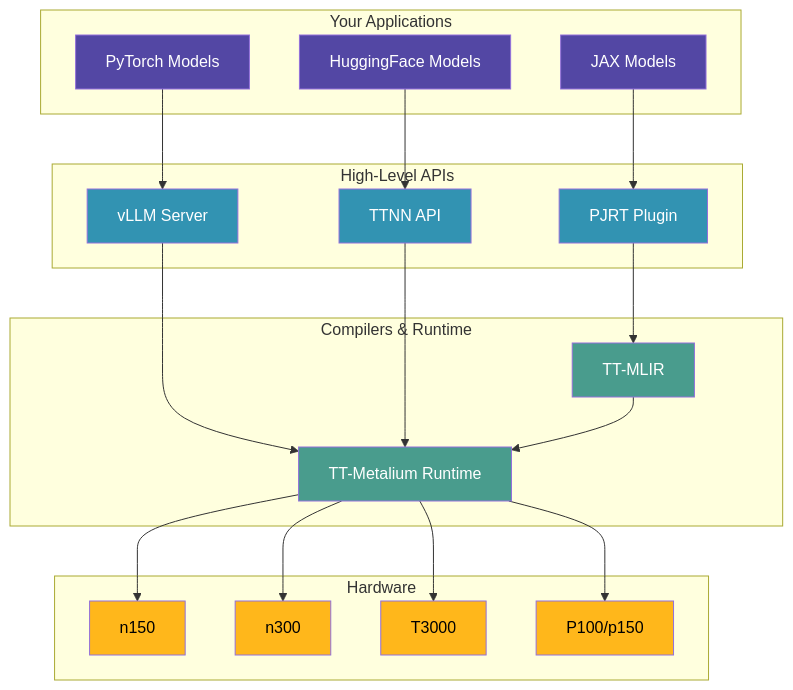
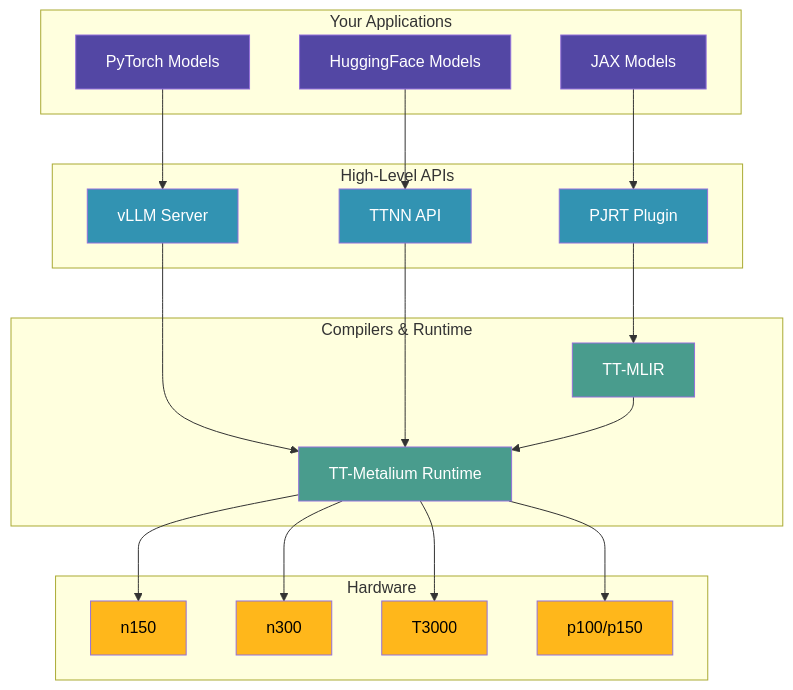
One commit to tenstorrent/tt-vscode-toolkit changed the second of 2 diagrams in content/pages/step-zero.md. Above: the diagram before and after it, drawn with Mermaid. The commit also changed other lines of this file and 108 other files, not shown here.

````diff
--- a/content/pages/step-zero.md
+++ b/content/pages/step-zero.md
@@ -93,53 +93,53 @@
 ```mermaid
 graph TB
     subgraph Applications["Your Applications"]
         JAX[JAX Models]
         PyTorch[PyTorch Models]
         HF[HuggingFace Models]
     end
 
     subgraph HighLevel["High-Level APIs"]
         vLLM[vLLM Server]
         PJRT[PJRT Plugin]
         TTNN[TTNN API]
     end
 
     subgraph Compiler["Compilers & Runtime"]
         TTMLIR[TT-MLIR]
         TTMetal[TT-Metalium Runtime]
     end
 
     subgraph Hardware["Hardware"]
         n150[n150]
         n300[n300]
         T3000[T3000]
-        P100[P100/p150]
+        p100[p100/p150]
     end
 
     JAX --> PJRT
     PyTorch --> vLLM
     HF --> TTNN
 
     vLLM --> TTMetal
     PJRT --> TTMLIR
     TTNN --> TTMetal
 
     TTMLIR --> TTMetal
     TTMetal --> n150
     TTMetal --> n300
     TTMetal --> T3000
-    TTMetal --> P100
+    TTMetal --> p100
 
     style JAX fill:#5347a4,color:#fff
     style PyTorch fill:#5347a4,color:#fff
     style HF fill:#5347a4,color:#fff
     style vLLM fill:#3293b2,color:#fff
     style PJRT fill:#3293b2,color:#fff
     style TTNN fill:#3293b2,color:#fff
     style TTMLIR fill:#499c8d,color:#fff
     style TTMetal fill:#499c8d,color:#fff
     style n150 fill:#ffb71b,color:#000
     style n300 fill:#ffb71b,color:#000
     style T3000 fill:#ffb71b,color:#000
-    style P100 fill:#ffb71b,color:#000
+    style p100 fill:#ffb71b,color:#000
 ```
````
